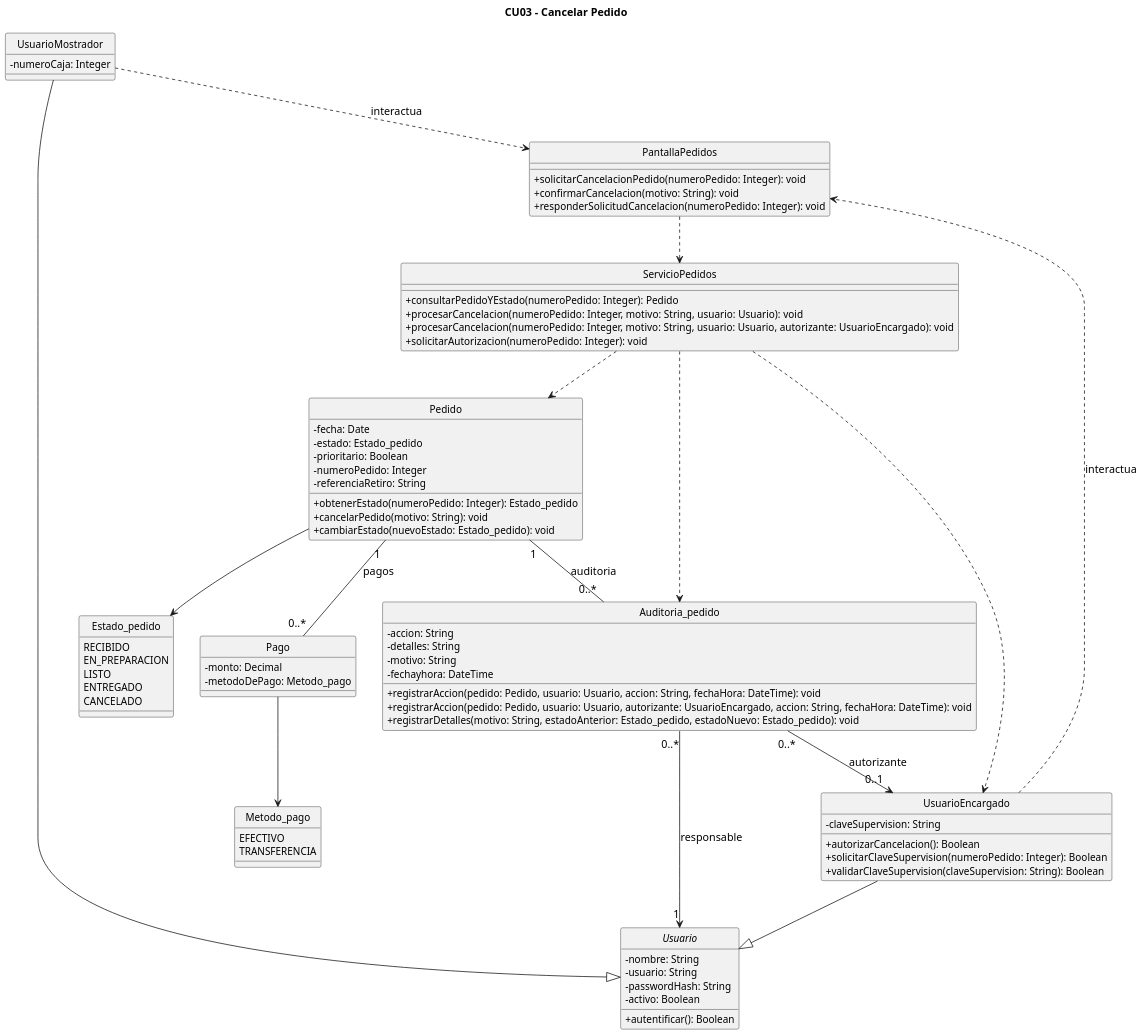
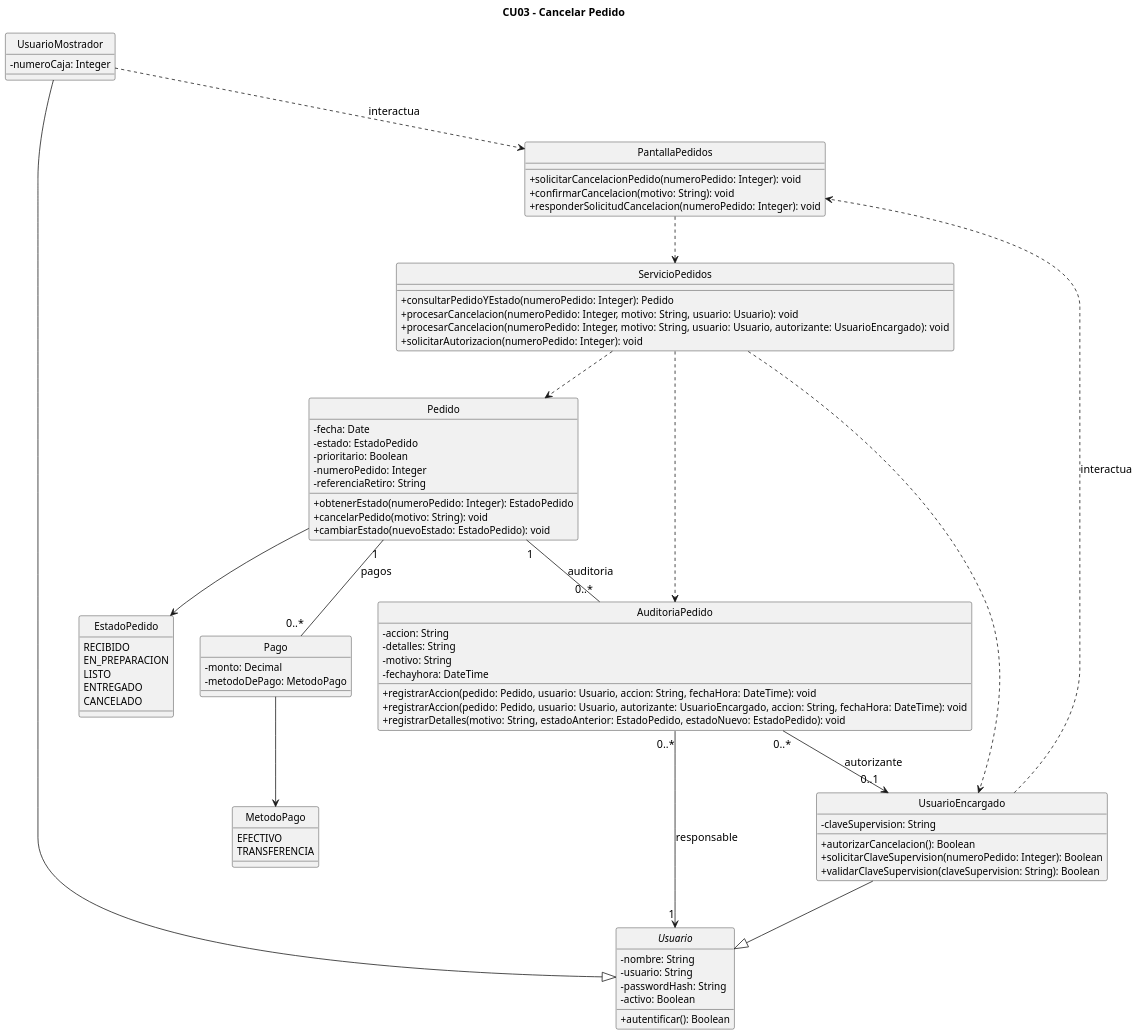
One commit to eloeyhe/SistemaPedidos changed the diagram in diagramas/01-diagrama-clases/03-clases-cancelar-pedido-03.puml. Above: the diagram before and after it, drawn with PlantUML. The commit also changed 43 other files, not shown here.

```diff
--- a/diagramas/01-diagrama-clases/03-clases-cancelar-pedido-03.puml
+++ b/diagramas/01-diagrama-clases/03-clases-cancelar-pedido-03.puml
@@ -2,101 +2,101 @@
 @startuml
 title CU03 - Cancelar Pedido
 top to bottom direction
 hide circle
 skinparam classAttributeIconSize 0
 skinparam defaultFontSize 14
 skinparam classFontSize 15
 skinparam classAttributeFontSize 13
 skinparam dpi 160
 
 abstract class Usuario {
   -nombre: String
   -usuario: String
   -passwordHash: String
   -activo: Boolean
   +autentificar(): Boolean
 }
 
 class UsuarioMostrador {
   -numeroCaja: Integer
 }
 
 class UsuarioEncargado {
   -claveSupervision: String
   +autorizarCancelacion(): Boolean
   +solicitarClaveSupervision(numeroPedido: Integer): Boolean
   +validarClaveSupervision(claveSupervision: String): Boolean
 }
 
 class PantallaPedidos {
   +solicitarCancelacionPedido(numeroPedido: Integer): void
   +confirmarCancelacion(motivo: String): void
   +responderSolicitudCancelacion(numeroPedido: Integer): void
 }
 
 class ServicioPedidos {
   +consultarPedidoYEstado(numeroPedido: Integer): Pedido
   +procesarCancelacion(numeroPedido: Integer, motivo: String, usuario: Usuario): void
   +procesarCancelacion(numeroPedido: Integer, motivo: String, usuario: Usuario, autorizante: UsuarioEncargado): void
   +solicitarAutorizacion(numeroPedido: Integer): void
 }
 
 class Pedido {
   -fecha: Date
-  -estado: Estado_pedido
+  -estado: EstadoPedido
   -prioritario: Boolean
   -numeroPedido: Integer
   -referenciaRetiro: String
-  +obtenerEstado(numeroPedido: Integer): Estado_pedido
+  +obtenerEstado(numeroPedido: Integer): EstadoPedido
   +cancelarPedido(motivo: String): void
-  +cambiarEstado(nuevoEstado: Estado_pedido): void
+  +cambiarEstado(nuevoEstado: EstadoPedido): void
 }
 
 class Pago {
   -monto: Decimal
-  -metodoDePago: Metodo_pago
+  -metodoDePago: MetodoPago
 }
 
-class Auditoria_pedido {
+class AuditoriaPedido {
   -accion: String
   -detalles: String
   -motivo: String
   -fechayhora: DateTime
   +registrarAccion(pedido: Pedido, usuario: Usuario, accion: String, fechaHora: DateTime): void
   +registrarAccion(pedido: Pedido, usuario: Usuario, autorizante: UsuarioEncargado, accion: String, fechaHora: DateTime): void
-  +registrarDetalles(motivo: String, estadoAnterior: Estado_pedido, estadoNuevo: Estado_pedido): void
+  +registrarDetalles(motivo: String, estadoAnterior: EstadoPedido, estadoNuevo: EstadoPedido): void
 }
 
-enum Estado_pedido {
+enum EstadoPedido {
   RECIBIDO
   EN_PREPARACION
   LISTO
   ENTREGADO
   CANCELADO
 }
 
-enum Metodo_pago {
+enum MetodoPago {
   EFECTIVO
   TRANSFERENCIA
 }
 
 UsuarioMostrador --|> Usuario
 UsuarioEncargado --|> Usuario
 
 UsuarioMostrador ..> PantallaPedidos : interactua
 UsuarioEncargado ..> PantallaPedidos : interactua
 
 PantallaPedidos ..> ServicioPedidos
 ServicioPedidos ..> Pedido
-ServicioPedidos ..> Auditoria_pedido
+ServicioPedidos ..> AuditoriaPedido
 ServicioPedidos ..> UsuarioEncargado
 
 Pedido "1" -- "0..*" Pago : pagos
-Pedido "1" -- "0..*" Auditoria_pedido : auditoria
+Pedido "1" -- "0..*" AuditoriaPedido : auditoria
 
-Auditoria_pedido "0..*" --> "1" Usuario : responsable
-Auditoria_pedido "0..*" --> "0..1" UsuarioEncargado : autorizante
+AuditoriaPedido "0..*" --> "1" Usuario : responsable
+AuditoriaPedido "0..*" --> "0..1" UsuarioEncargado : autorizante
 
-Pedido --> Estado_pedido
-Pago --> Metodo_pago
+Pedido --> EstadoPedido
+Pago --> MetodoPago
 @enduml
```
